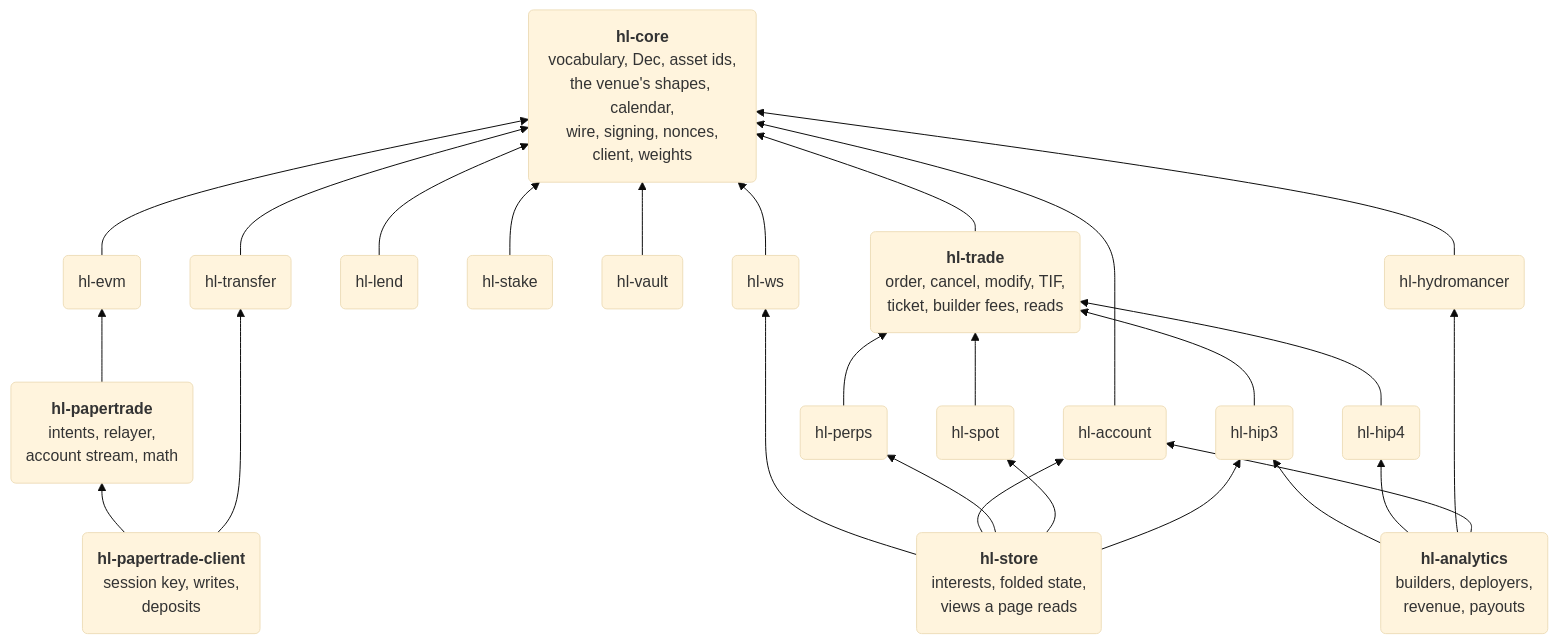
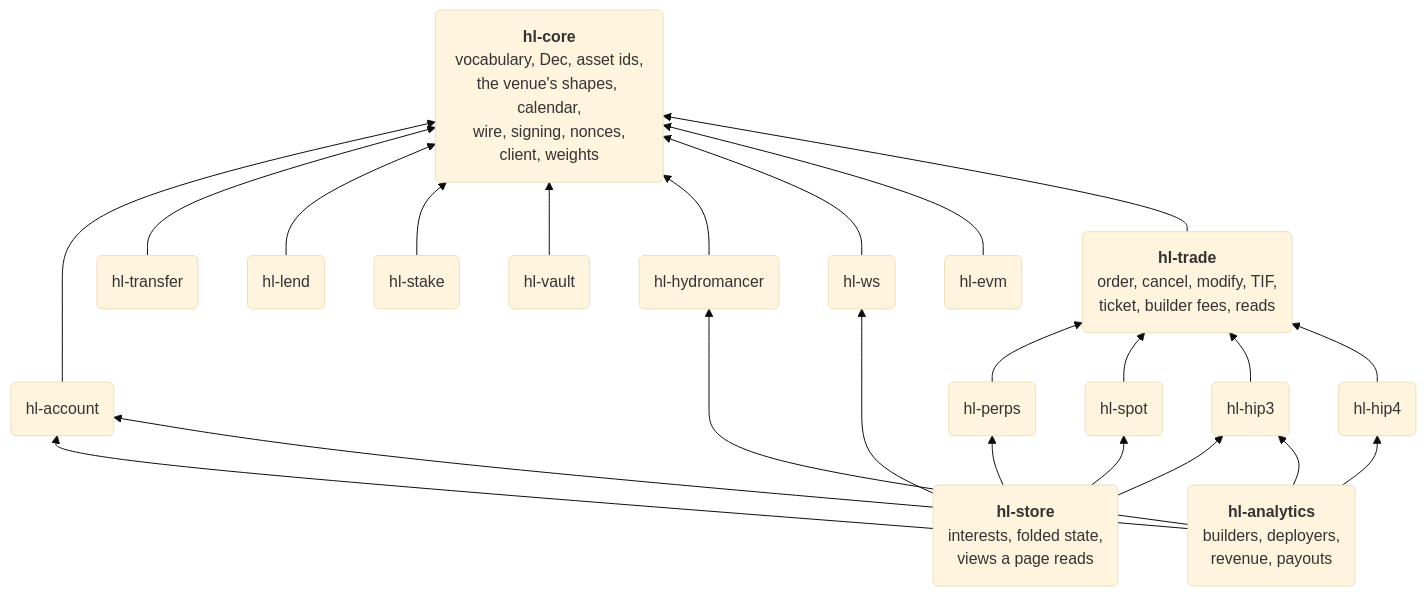
The diagram in README.md (dennisfurrer/df-hyperliquid-core), drawn with Mermaid (base theme) before and after one commit. The commit also changed other lines of this file and 57 other files, not shown here.

````diff
--- a/README.md
+++ b/README.md
@@ -5,36 +5,31 @@
 ```mermaid
 flowchart BT
   CORE("<b>hl-core</b><br/>vocabulary, Dec, asset ids,<br/>the venue's shapes, calendar,<br/>wire, signing, nonces,<br/>client, weights")
   TRADE("<b>hl-trade</b><br/>order, cancel, modify, TIF,<br/>ticket, builder fees, reads")
 
   ACCOUNT("hl-account") --> CORE
   TRANSFER("hl-transfer") --> CORE
   LEND("hl-lend") --> CORE
   STAKE("hl-stake") --> CORE
   VAULT("hl-vault") --> CORE
   HYDRO("hl-hydromancer") --> CORE
   WS("hl-ws") --> CORE
   EVM("hl-evm") --> CORE
   TRADE --> CORE
 
   PERPS("hl-perps") --> TRADE
   SPOT("hl-spot") --> TRADE
   HIP3("hl-hip3") --> TRADE
   HIP4("hl-hip4") --> TRADE
 
   STORE("<b>hl-store</b><br/>interests, folded state,<br/>views a page reads") --> WS
   STORE --> ACCOUNT
   STORE --> PERPS
   STORE --> SPOT
   STORE --> HIP3
 
   ANALYTICS("<b>hl-analytics</b><br/>builders, deployers,<br/>revenue, payouts") --> HIP3
   ANALYTICS --> HIP4
   ANALYTICS --> HYDRO
   ANALYTICS --> ACCOUNT
-
-  PAPER("<b>hl-papertrade</b><br/>intents, relayer,<br/>account stream, math") --> EVM
-
-  PAPERCLIENT("<b>hl-papertrade-client</b><br/>session key, writes,<br/>deposits") --> PAPER
-  PAPERCLIENT --> TRANSFER
 ```
````
